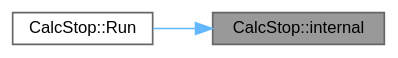
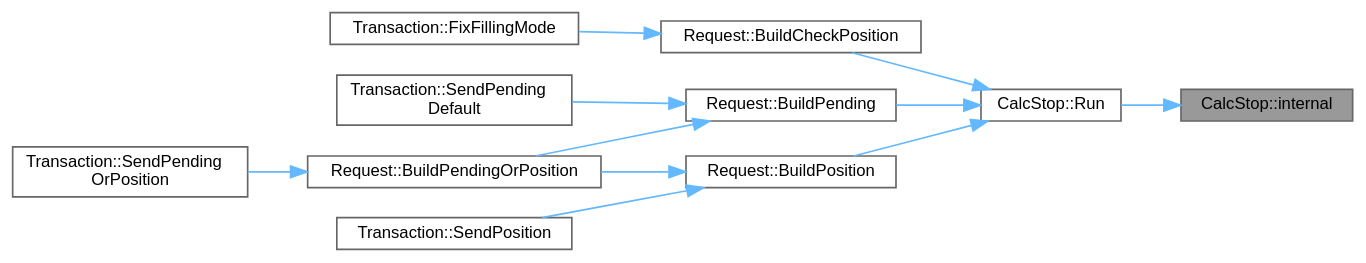
The diagram in docs/class_calc_stop_a341995d46452013451d87f5cac5c7f82_icgraph.dot (davdcsam/AtingMQL5), drawn with Graphviz before and after one commit. The commit also changed 108 other files, not shown here.

```diff
--- a/docs/class_calc_stop_a341995d46452013451d87f5cac5c7f82_icgraph.dot
+++ b/docs/class_calc_stop_a341995d46452013451d87f5cac5c7f82_icgraph.dot
@@ -1,11 +1,28 @@
 digraph "CalcStop::internal"
 {
  // LATEX_PDF_SIZE
   bgcolor="transparent";
   edge [fontname=Helvetica,fontsize=10,labelfontname=Helvetica,labelfontsize=10];
   node [fontname=Helvetica,fontsize=10,shape=box,height=0.2,width=0.4];
   rankdir="RL";
   Node1 [id="Node000001",label="CalcStop::internal",height=0.2,width=0.4,color="gray40", fillcolor="grey60", style="filled", fontcolor="black",tooltip="Internal function to calculate stop loss or take profit prices."];
   Node1 -> Node2 [id="edge1_Node000001_Node000002",dir="back",color="steelblue1",style="solid",tooltip=" "];
   Node2 [id="Node000002",label="CalcStop::Run",height=0.2,width=0.4,color="grey40", fillcolor="white", style="filled",URL="$class_calc_stop.html#a48df6835c86088711aef2fd9e433dc2f",tooltip="Calculates the stop price based on provided parameters."];
+  Node2 -> Node3 [id="edge2_Node000002_Node000003",dir="back",color="steelblue1",style="solid",tooltip=" "];
+  Node3 [id="Node000003",label="Request::BuildCheckPosition",height=0.2,width=0.4,color="grey40", fillcolor="white", style="filled",URL="$class_request.html#a708a65c7383e5d98bfe3bc8ac0e052af",tooltip="Builds a check position."];
+  Node3 -> Node4 [id="edge3_Node000003_Node000004",dir="back",color="steelblue1",style="solid",tooltip=" "];
+  Node4 [id="Node000004",label="Transaction::FixFillingMode",height=0.2,width=0.4,color="grey40", fillcolor="white", style="filled",URL="$class_transaction.html#aa880e99e7c90bed3fd9be986166d805c",tooltip="Fixes the filling mode for the transaction."];
+  Node2 -> Node5 [id="edge4_Node000002_Node000005",dir="back",color="steelblue1",style="solid",tooltip=" "];
+  Node5 [id="Node000005",label="Request::BuildPending",height=0.2,width=0.4,color="grey40", fillcolor="white", style="filled",URL="$class_request.html#a2713db694f975e5a362423a33c9bbf47",tooltip="Builds a pending order."];
+  Node5 -> Node6 [id="edge5_Node000005_Node000006",dir="back",color="steelblue1",style="solid",tooltip=" "];
+  Node6 [id="Node000006",label="Request::BuildPendingOrPosition",height=0.2,width=0.4,color="grey40", fillcolor="white", style="filled",URL="$class_request.html#a367521d18c1766b70c933ca7f797f50f",tooltip="Builds a pending order or position."];
+  Node6 -> Node7 [id="edge6_Node000006_Node000007",dir="back",color="steelblue1",style="solid",tooltip=" "];
+  Node7 [id="Node000007",label="Transaction::SendPending\lOrPosition",height=0.2,width=0.4,color="grey40", fillcolor="white", style="filled",URL="$class_transaction.html#aa92a542cfb82f2c49d0b34124fde5444",tooltip="Sends a pending or position order for the transaction."];
+  Node5 -> Node8 [id="edge7_Node000005_Node000008",dir="back",color="steelblue1",style="solid",tooltip=" "];
+  Node8 [id="Node000008",label="Transaction::SendPending\lDefault",height=0.2,width=0.4,color="grey40", fillcolor="white", style="filled",URL="$class_transaction.html#adee407f1aed820b1f9b59abe011b9ae3",tooltip="Sends a pending order with default parameters for the transaction."];
+  Node2 -> Node9 [id="edge8_Node000002_Node000009",dir="back",color="steelblue1",style="solid",tooltip=" "];
+  Node9 [id="Node000009",label="Request::BuildPosition",height=0.2,width=0.4,color="grey40", fillcolor="white", style="filled",URL="$class_request.html#af63417ff74f594bc7f098421e32e3320",tooltip="Builds a position."];
+  Node9 -> Node6 [id="edge9_Node000009_Node000006",dir="back",color="steelblue1",style="solid",tooltip=" "];
+  Node9 -> Node10 [id="edge10_Node000009_Node000010",dir="back",color="steelblue1",style="solid",tooltip=" "];
+  Node10 [id="Node000010",label="Transaction::SendPosition",height=0.2,width=0.4,color="grey40", fillcolor="white", style="filled",URL="$class_transaction.html#a24d77a22b48ae106e774efb0af19f268",tooltip="Sends a position order for the transaction."];
 }
```
